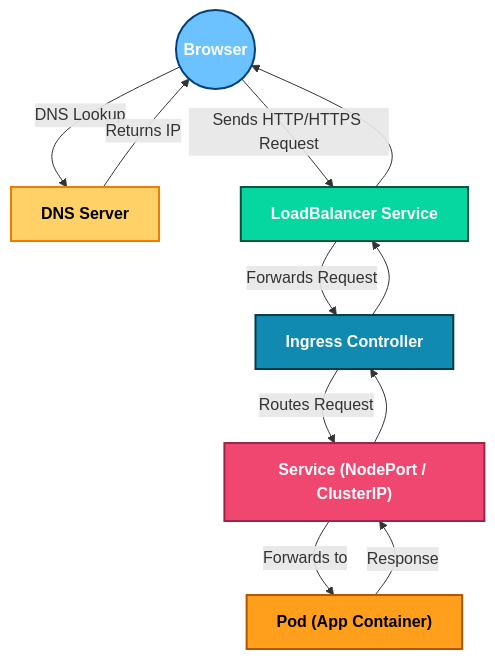
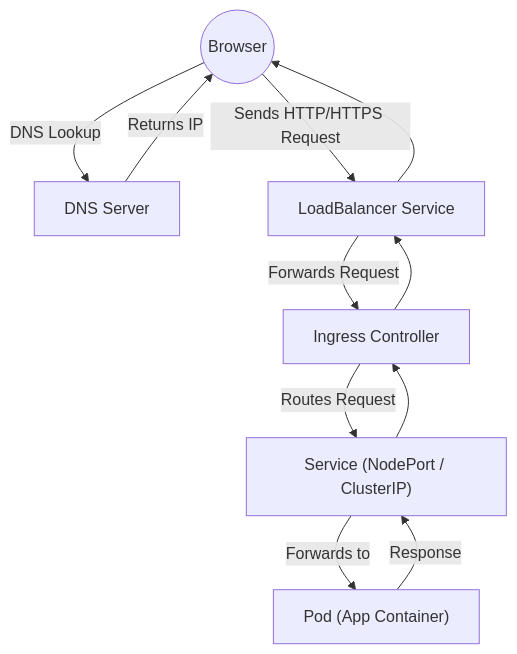
The diagram in _posts/2025-07-30-KubeKickstart.md (muzammilshaik/secsys), drawn with Mermaid before and after one commit. The commit also changed other lines of this file, not shown here.

````diff
--- a/_posts/2025-07-30-KubeKickstart.md
+++ b/_posts/2025-07-30-KubeKickstart.md
@@ -1764,34 +1754,27 @@
 ```mermaid
 flowchart TB
-    classDef browserStyle fill:#6CC1FF,stroke:#034078,stroke-width:2px,color:#fff,font-weight:bold;
-    classDef dnsStyle fill:#FFD166,stroke:#EF7C00,stroke-width:2px,color:#000,font-weight:bold;
-    classDef lbStyle fill:#06D6A0,stroke:#03543F,stroke-width:2px,color:#fff,font-weight:bold;
-    classDef ingressStyle fill:#118AB2,stroke:#073B4C,stroke-width:2px,color:#fff,font-weight:bold;
-    classDef svcStyle fill:#EF476F,stroke:#9D2449,stroke-width:2px,color:#fff,font-weight:bold;
-    classDef podStyle fill:#FF9F1C,stroke:#B35600,stroke-width:2px,color:#000,font-weight:bold;
-
     Browser(("Browser"))
     DNS["DNS Server"]
     LB["LoadBalancer Service"]
     Ingress["Ingress Controller"]
     Service["Service (NodePort / ClusterIP)"]
     Pod["Pod (App Container)"]
 
     Browser -->|DNS Lookup| DNS
     DNS -->|Returns IP| Browser
     Browser -->|Sends HTTP/HTTPS Request| LB
     LB -->|Forwards Request| Ingress
     Ingress -->|Routes Request| Service
     Service -->|Forwards to| Pod
     Pod -->|Response| Service
     Service --> Ingress
     Ingress --> LB
     LB --> Browser
 
     class Browser browserStyle
     class DNS dnsStyle
     class LB lbStyle
     class Ingress ingressStyle
     class Service svcStyle
     class Pod podStyle
 ```
````
